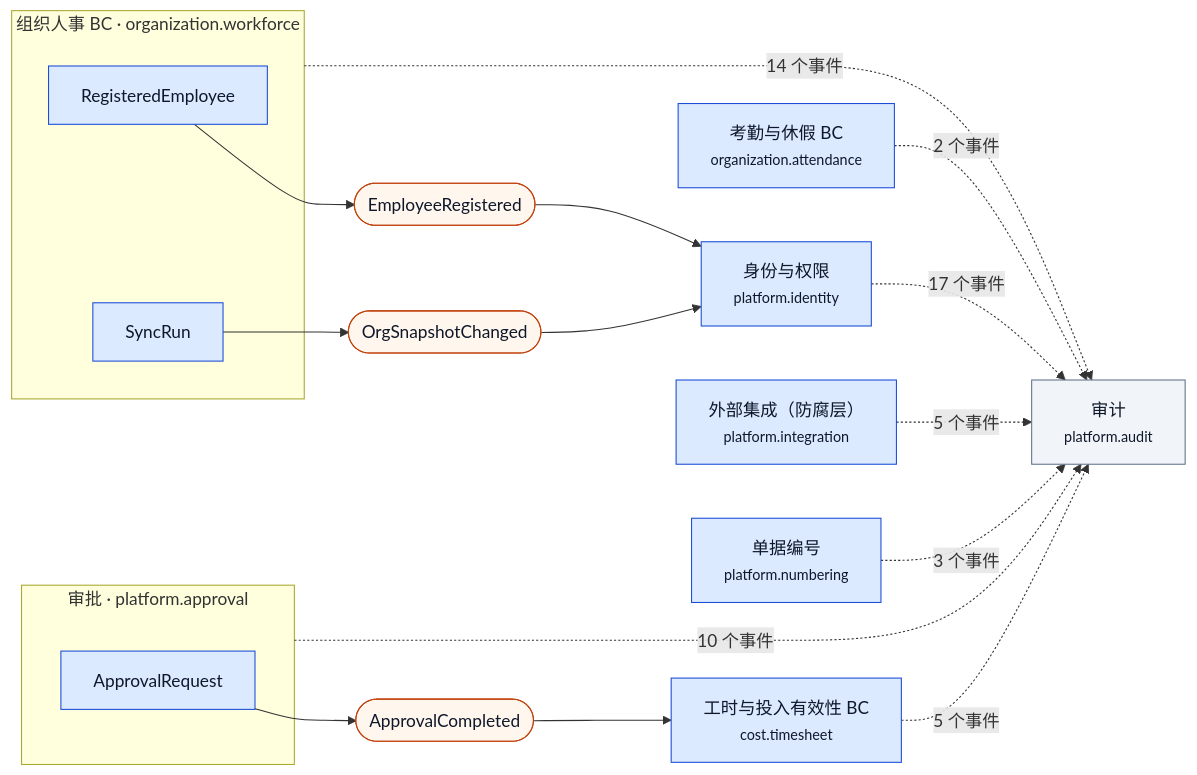
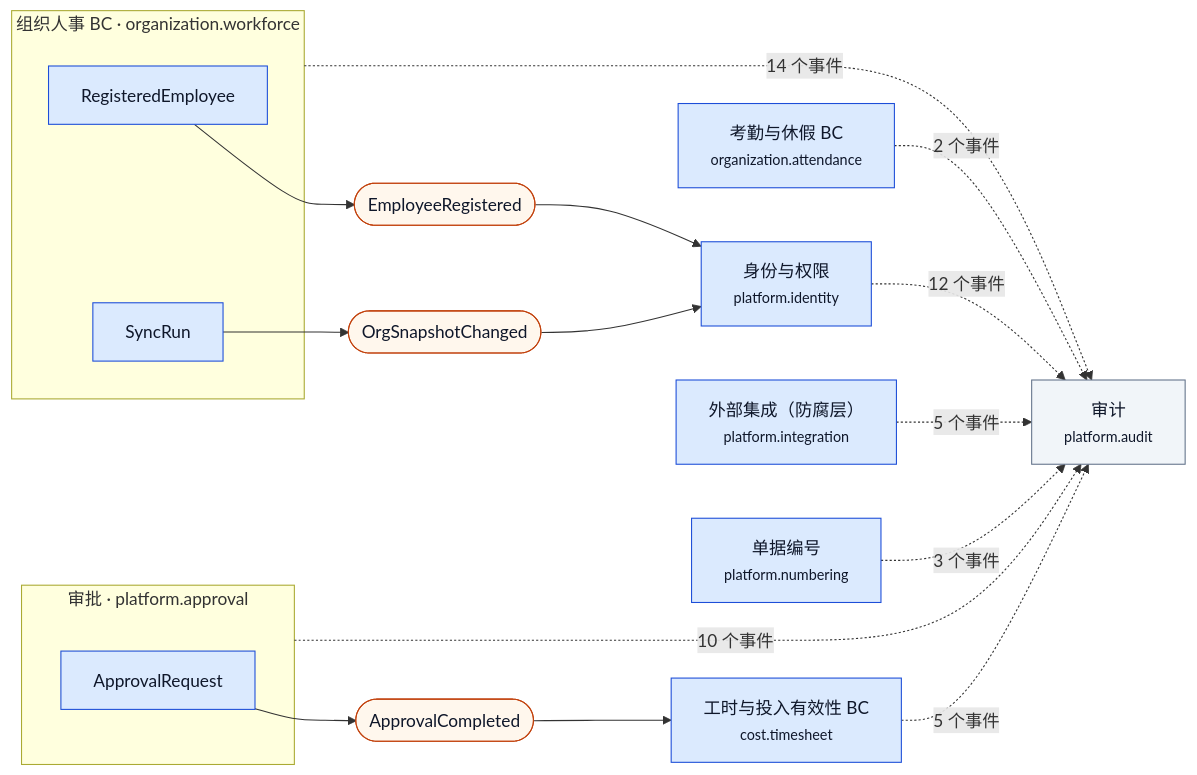
One commit to YeliangDu/forcitis-one-psa-codex-lab changed the diagram in docs/modernization/architecture/generated/3-event-chain.mmd. Above: the diagram before and after it, drawn with Mermaid. The commit also changed 3 other files, not shown here.

First line of the commit message:
chore(docs): 重新生成事件链图（Role 事件改 not-audited 后 3-event-chain 过期）

```diff
--- a/docs/modernization/architecture/generated/3-event-chain.mmd
+++ b/docs/modernization/architecture/generated/3-event-chain.mmd
@@ -1,28 +1,28 @@
 %% 生成文件，勿手改：python3 architecture/build_architecture.py（源：ssot/i03-aggregates/built.yaml、events/*.yaml）
 flowchart LR
   classDef bc fill:#dbeafe,stroke:#1d4ed8,color:#0f172a
   classDef evt fill:#fff7ed,stroke:#c2410c,color:#0f172a
   classDef audit fill:#f1f5f9,stroke:#64748b,color:#0f172a
   cost_timesheet["工时与投入有效性 BC<br/><small>cost.timesheet</small>"]:::bc
   organization_attendance["考勤与休假 BC<br/><small>organization.attendance</small>"]:::bc
   subgraph organization_workforce["组织人事 BC · organization.workforce"]
     organization_workforce__RegisteredEmployee["RegisteredEmployee"]:::bc
     organization_workforce__SyncRun["SyncRun"]:::bc
   end
   subgraph platform_approval["审批 · platform.approval"]
     platform_approval__ApprovalRequest["ApprovalRequest"]:::bc
   end
   platform_audit["审计<br/><small>platform.audit</small>"]:::audit
   platform_identity["身份与权限<br/><small>platform.identity</small>"]:::bc
   platform_integration["外部集成（防腐层）<br/><small>platform.integration</small>"]:::bc
   platform_numbering["单据编号<br/><small>platform.numbering</small>"]:::bc
   organization_workforce__RegisteredEmployee --> E_organization_workforce_EmployeeRegistered(["EmployeeRegistered"]):::evt --> platform_identity
   organization_workforce__SyncRun --> E_organization_workforce_OrgSnapshotChanged(["OrgSnapshotChanged"]):::evt --> platform_identity
   platform_approval__ApprovalRequest --> E_platform_approval_ApprovalCompleted(["ApprovalCompleted"]):::evt --> cost_timesheet
   cost_timesheet -.->|5 个事件| platform_audit
   organization_attendance -.->|2 个事件| platform_audit
   organization_workforce -.->|14 个事件| platform_audit
   platform_approval -.->|10 个事件| platform_audit
-  platform_identity -.->|17 个事件| platform_audit
+  platform_identity -.->|12 个事件| platform_audit
   platform_integration -.->|5 个事件| platform_audit
   platform_numbering -.->|3 个事件| platform_audit
```
